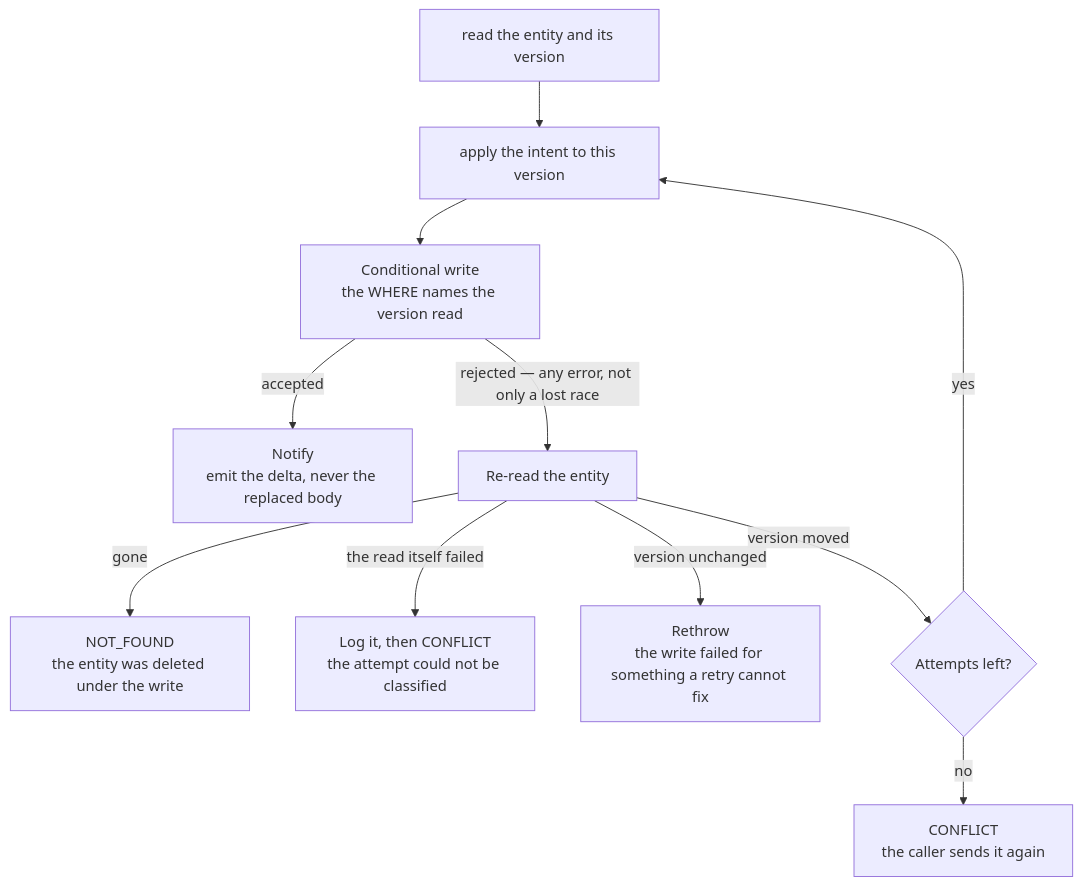
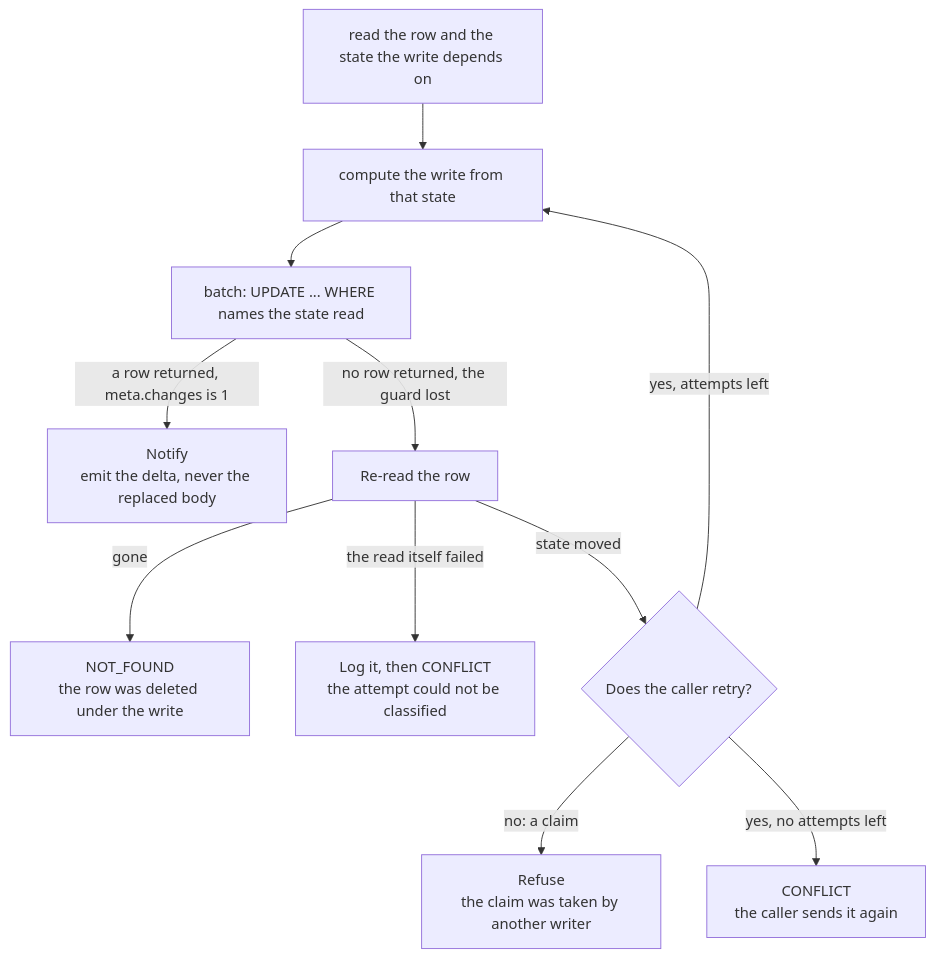
One commit to Esposter/Esposter changed the diagram in openspec/specs/architecture/conditional-writes/design.md. Above: the diagram before and after it, drawn with Mermaid. The commit also changed other lines of this file, not shown here.

First line of the commit message:
docs(openspec): conditional writes are guarded D1 writes, the Azure-era design is rewritten onto them

````diff
--- a/openspec/specs/architecture/conditional-writes/design.md
+++ b/openspec/specs/architecture/conditional-writes/design.md
@@ -25,13 +29,13 @@
 ```mermaid
 flowchart TD
-  R["read the entity and its version"] --> D["apply the intent to this version"]
-  D --> W["Conditional write<br/>the WHERE names the version read"]
-  W -->|"accepted"| N["Notify<br/>emit the delta, never the replaced body"]
-  W -->|"rejected — any error, not only a lost race"| RR["Re-read the entity"]
-  RR -->|"gone"| NF["NOT_FOUND<br/>the entity was deleted under the write"]
+  R["read the row and the state the write depends on"] --> D["compute the write from that state"]
+  D --> W["batch: UPDATE ... WHERE names the state read"]
+  W -->|"a row returned, meta.changes is 1"| N["Notify<br/>emit the delta, never the replaced body"]
+  W -->|"no row returned, the guard lost"| RR["Re-read the row"]
+  RR -->|"gone"| NF["NOT_FOUND<br/>the row was deleted under the write"]
   RR -->|"the read itself failed"| RF["Log it, then CONFLICT<br/>the attempt could not be classified"]
-  RR -->|"version unchanged"| PE["Rethrow<br/>the write failed for something a retry cannot fix"]
-  RR -->|"version moved"| B{"Attempts left?"}
-  B -->|"yes"| D
-  B -->|"no"| C["CONFLICT<br/>the caller sends it again"]
+  RR -->|"state moved"| B{"Does the caller retry?"}
+  B -->|"no: a claim"| C["Refuse<br/>the claim was taken by another writer"]
+  B -->|"yes, attempts left"| D
+  B -->|"yes, no attempts left"| CF["CONFLICT<br/>the caller sends it again"]
 ```
````
